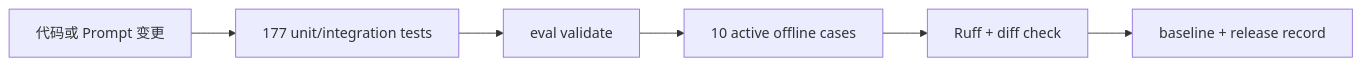
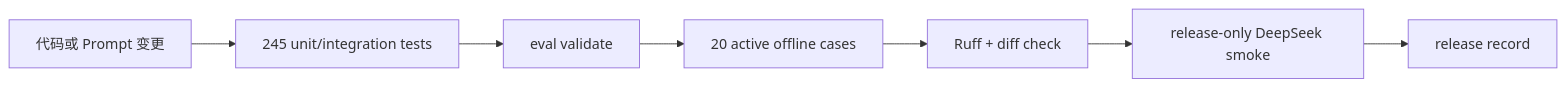
One commit to NEDONION/lobster0 changed the diagram in docs/evals/README.md. Above: the diagram before and after it, drawn with Mermaid. The commit also changed other lines of this file and 19 other files, not shown here.

````diff
--- a/docs/evals/README.md
+++ b/docs/evals/README.md
@@ -18,8 +18,9 @@
 ```mermaid
 flowchart LR
-    CHANGE["代码或 Prompt 变更"] --> UNIT["177 unit/integration tests"]
+    CHANGE["代码或 Prompt 变更"] --> UNIT["245 unit/integration tests"]
     UNIT --> VALIDATE["eval validate"]
-    VALIDATE --> OFFLINE["10 active offline cases"]
+    VALIDATE --> OFFLINE["20 active offline cases"]
     OFFLINE --> RUFF["Ruff + diff check"]
-    RUFF --> RECORD["baseline + release record"]
+    RUFF --> LIVE["release-only DeepSeek smoke"]
+    LIVE --> RECORD["release record"]
 ```
````
